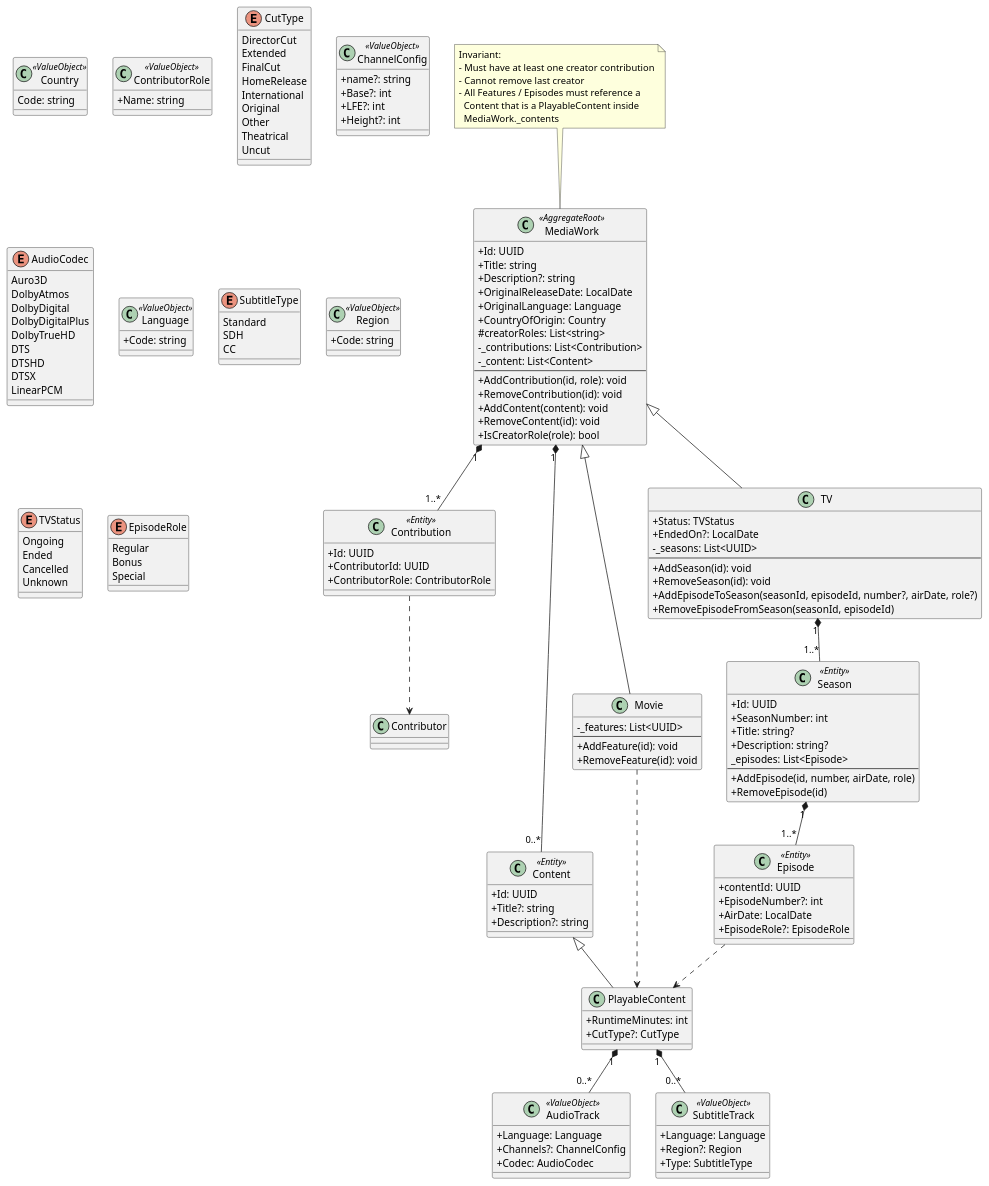
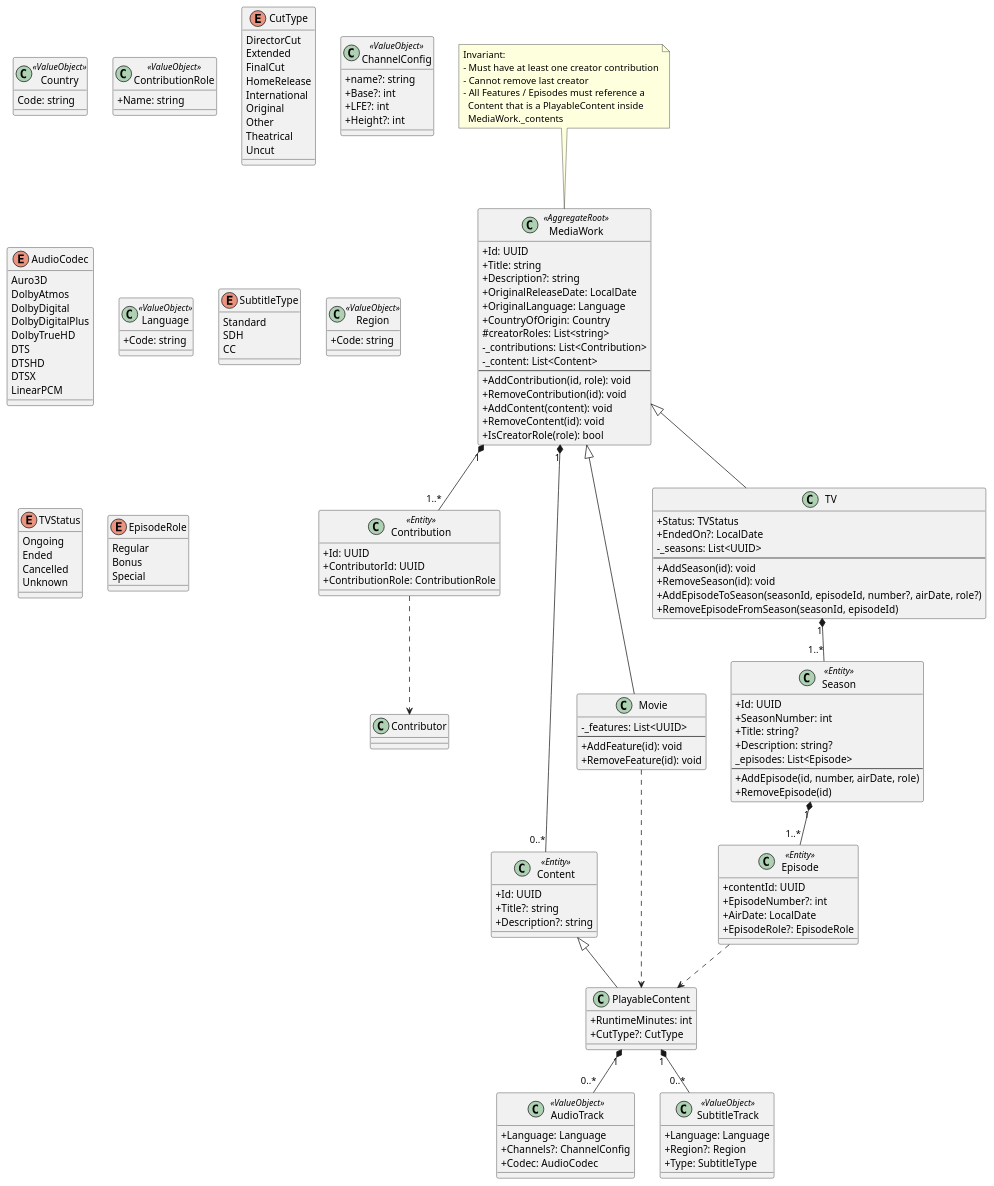
The diagram in docs/uml/domain/media_work.domain.puml (yantue/colleq), drawn with PlantUML before and after one commit. The commit also changed 1 other file, not shown here.

Commit message:
docs: update name contributor role to contribution role

```diff
--- a/docs/uml/domain/media_work.domain.puml
+++ b/docs/uml/domain/media_work.domain.puml
@@ -1,190 +1,190 @@
 @startuml
 skinparam classAttributeIconSize 0
 
 ' ===== CORE =====
 class MediaWork <<AggregateRoot>> {
     +Id: UUID
     +Title: string
     +Description?: string
     +OriginalReleaseDate: LocalDate
     +OriginalLanguage: Language
     +CountryOfOrigin: Country
     #creatorRoles: List<string>
     -_contributions: List<Contribution>
     -_content: List<Content>
     --
     +AddContribution(id, role): void
     +RemoveContribution(id): void
     +AddContent(content): void
     +RemoveContent(id): void
     +IsCreatorRole(role): bool
 }
 
 note top of MediaWork
 Invariant:
 - Must have at least one creator contribution
 - Cannot remove last creator
 - All Features / Episodes must reference a
   Content that is a PlayableContent inside
   MediaWork._contents
 end note
 
 class Country <<ValueObject>> {
     Code: string
 }
 
 ' ===== CONTRIBUTIONS =====
 class Contribution <<Entity>> {
     +Id: UUID
     +ContributorId: UUID
-    +ContributorRole: ContributorRole
+    +ContributionRole: ContributionRole
 }
 
-class ContributorRole <<ValueObject>> {
+class ContributionRole <<ValueObject>> {
     +Name: string
 }
 
 MediaWork "1" *-- "1..*" Contribution
 
 ' ===== CONTENT =====
 class Content <<Entity>> {
     +Id: UUID
     +Title?: string
     +Description?: string
 }
 
 MediaWork "1" *-- "0..*" Content
 
 class PlayableContent {
     +RuntimeMinutes: int
     +CutType?: CutType
 }
 
 enum CutType {
     DirectorCut
     Extended
     FinalCut
     HomeRelease
     International
     Original
     Other
     Theatrical
     Uncut
 }
 
 Content <|-- PlayableContent
 
 class AudioTrack <<ValueObject>> {
     +Language: Language
     +Channels?: ChannelConfig
     +Codec: AudioCodec
 }
 
 class ChannelConfig <<ValueObject>> {
     +name?: string
     +Base?: int
     +LFE?: int
     +Height?: int
 }
 
 enum AudioCodec {
     Auro3D
     DolbyAtmos
     DolbyDigital
     DolbyDigitalPlus
     DolbyTrueHD
     DTS
     DTSHD
     DTSX
     LinearPCM
 }
 
 class Language <<ValueObject>> {
     +Code: string
 }
 
 PlayableContent "1" *-- "0..*" AudioTrack
 
 class SubtitleTrack <<ValueObject>> {
     +Language: Language
     +Region?: Region
     +Type: SubtitleType
 }
 
 enum SubtitleType {
     Standard
     SDH
     CC
 }
 
 class Region <<ValueObject>> {
     +Code: string
 }
 
 PlayableContent "1" *-- "0..*" SubtitleTrack
 
 ' ===== MOVIE =====
 class Movie {
     -_features: List<UUID>
     --
     +AddFeature(id): void
     +RemoveFeature(id): void
 }
 
 MediaWork <|-- Movie
 Movie ..> PlayableContent
 
 ' ===== TV =====
 class TV {
     +Status: TVStatus
     +EndedOn?: LocalDate
     -_seasons: List<UUID>
     --
     +AddSeason(id): void
     +RemoveSeason(id): void
     +AddEpisodeToSeason(seasonId, episodeId, number?, airDate, role?)
     +RemoveEpisodeFromSeason(seasonId, episodeId)
 }
 
 MediaWork <|-- TV
 
 enum TVStatus {
     Ongoing
     Ended
     Cancelled
     Unknown
 }
 
 class Season <<Entity>> {
     +Id: UUID
     +SeasonNumber: int
     +Title: string?
     +Description: string?
     _episodes: List<Episode>
     --
     +AddEpisode(id, number, airDate, role)
     +RemoveEpisode(id)
 }
 
 TV "1" *-- "1..*" Season
 
 class Episode <<Entity>> {
     +contentId: UUID
     +EpisodeNumber?: int
     +AirDate: LocalDate
     +EpisodeRole?: EpisodeRole
 }
 
 Season "1" *-- "1..*" Episode
 Episode ..> PlayableContent
 
 enum EpisodeRole {
     Regular
     Bonus
     Special
 }
 
 ' ===== CROSS-AGGREGATE REFERENCE =====
 Contribution ..> Contributor
 
 @enduml
```
